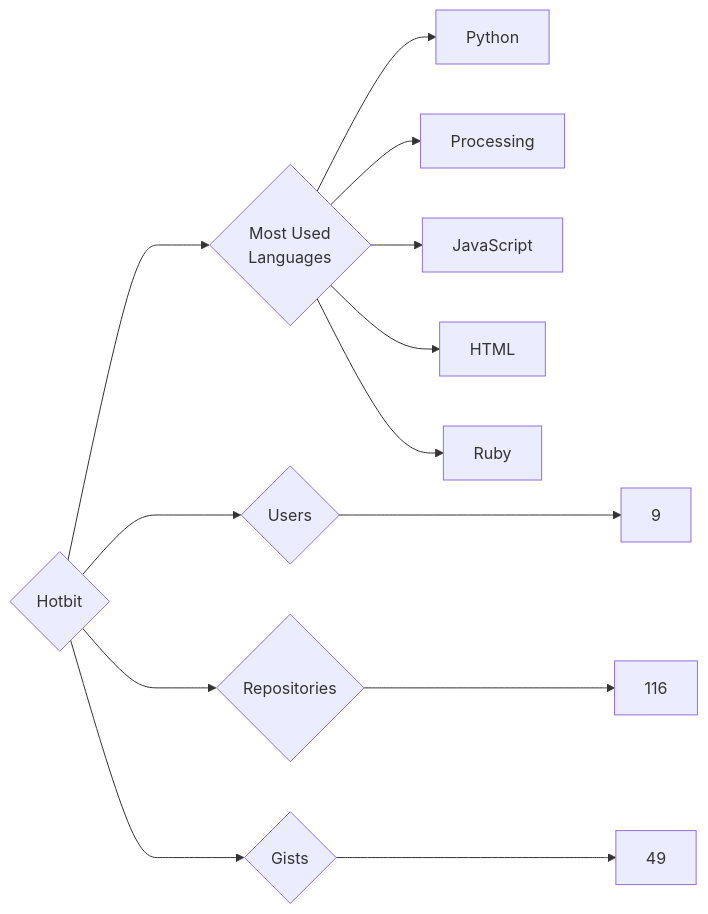
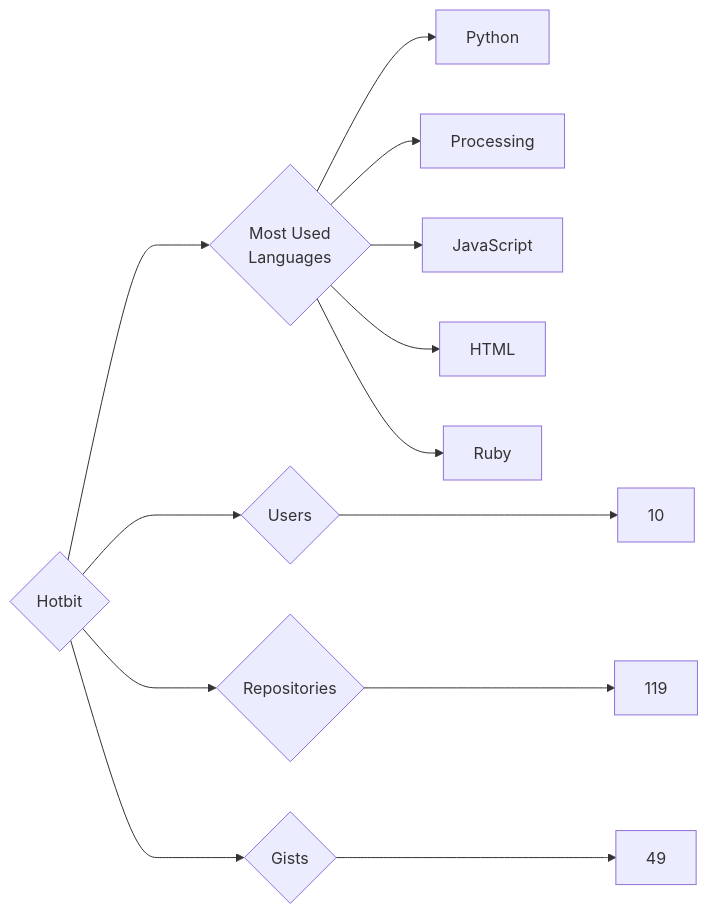
The diagram in targets/Hotbit/README.md (trickest/insiders), drawn with Mermaid before and after one commit. The commit also changed 1078 other files, not shown here.

````diff
--- a/targets/Hotbit/README.md
+++ b/targets/Hotbit/README.md
@@ -3,13 +3,13 @@
 ```mermaid
 graph LR
 COMPANY_NAME{Hotbit}
-COMPANY_NAME ---> U{Users} ---> UN[9]
-COMPANY_NAME ---> R{Repositories} ---> RN[116]
+COMPANY_NAME ---> U{Users} ---> UN[10]
+COMPANY_NAME ---> R{Repositories} ---> RN[119]
 COMPANY_NAME ---> G{Gists} ---> GN[49]
 COMPANY_NAME ---> ML{Most Used<br>Languages}
 ML --> Python[Python]
 ML --> Processing[Processing]
 ML --> JavaScript[JavaScript]
 ML --> HTML[HTML]
 ML --> Ruby[Ruby]
 ```
````
